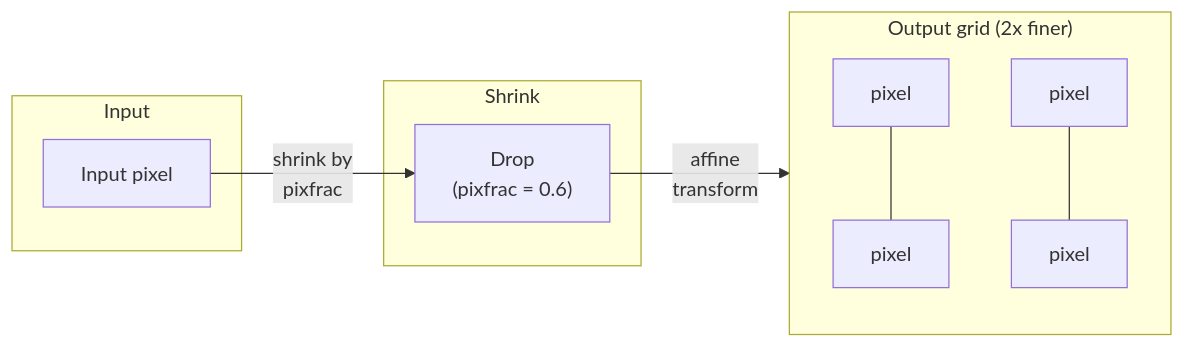
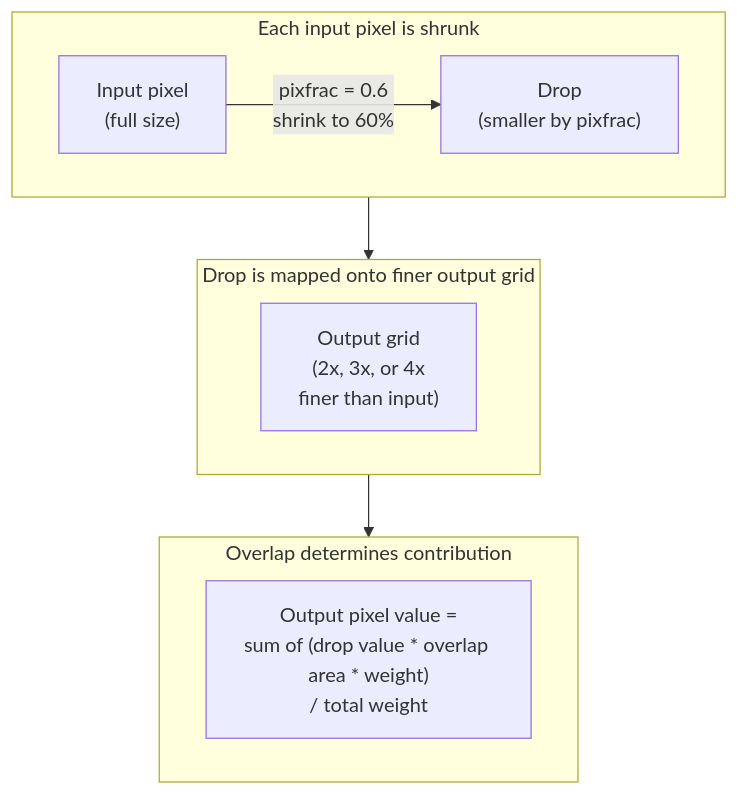
One commit to travcunn/superdrizzle changed the second of 2 diagrams in README.md. Above: the diagram before and after it, drawn with Mermaid. The commit also changed other lines of this file, not shown here.

Commit message:
docs: detailed Mermaid diagrams for pipeline and drizzle kernel

````diff
--- a/README.md
+++ b/README.md
@@ -158,16 +176,18 @@
 ```mermaid
-flowchart LR
-    subgraph Input
-        P["Input pixel"]
+flowchart TD
+    subgraph step1 ["Each input pixel is shrunk"]
+        direction LR
+        P["Input pixel\n(full size)"]
+        D["Drop\n(smaller by pixfrac)"]
+        P -- "pixfrac = 0.6\nshrink to 60%" --> D
     end
-    subgraph Shrink
-        D["Drop\n(pixfrac = 0.6)"]
+    subgraph step2 ["Drop is mapped onto finer output grid"]
+        direction LR
+        G["Output grid\n(2x, 3x, or 4x\nfiner than input)"]
     end
-    subgraph Output ["Output grid (2x finer)"]
-        direction TB
-        O1["pixel"] --- O2["pixel"]
-        O3["pixel"] --- O4["pixel"]
+    subgraph step3 ["Overlap determines contribution"]
+        direction LR
+        W["Output pixel value =\nsum of (drop value * overlap area * weight)\n/ total weight"]
     end
-    P -- "shrink by\npixfrac" --> D
-    D -- "affine\ntransform" --> Output
+    step1 --> step2 --> step3
 ```
````
